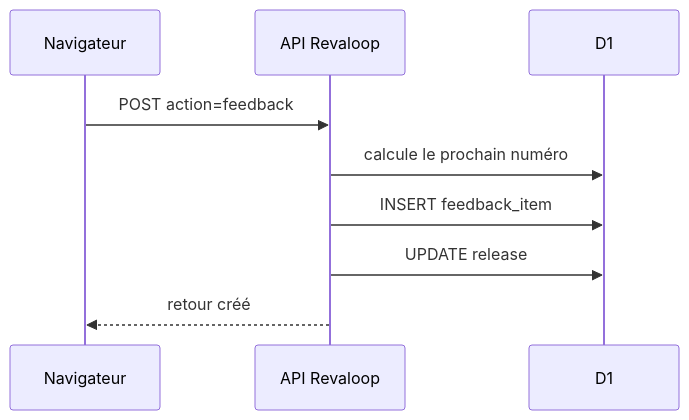
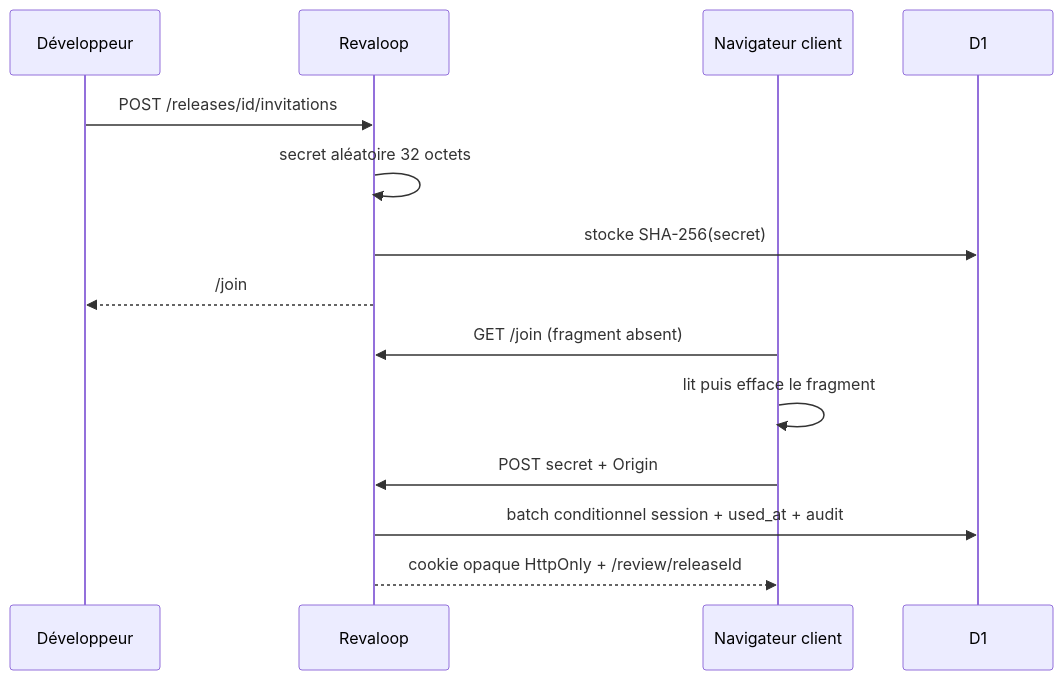
Before and after one commit to rfielbal/Revaloop: the second of 3 diagrams in docs/ARCHITECTURE.md, drawn with Mermaid. The commit also changed other lines of this file and 47 other files, not shown here.

Commit message:
Rend Revaloop prêt pour un premier pilote client

````diff
--- a/docs/ARCHITECTURE.md
+++ b/docs/ARCHITECTURE.md
@@ -163,11 +86,17 @@
 ```mermaid
 sequenceDiagram
-    participant B as Navigateur
-    participant A as API Revaloop
-    participant D as D1
-    B->>A: POST action=feedback
-    A->>D: calcule le prochain numéro
-    A->>D: INSERT feedback_item
-    A->>D: UPDATE release
-    A-->>B: retour créé
+    participant D as Développeur
+    participant R as Revaloop
+    participant C as Navigateur client
+    participant DB as D1
+
+    D->>R: POST /releases/id/invitations
+    R->>R: secret aléatoire 32 octets
+    R->>DB: stocke SHA-256(secret)
+    R-->>D: /join#token=secret (une fois)
+    C->>R: GET /join (fragment absent)
+    C->>C: lit puis efface le fragment
+    C->>R: POST secret + Origin
+    R->>DB: batch conditionnel session + used_at + audit
+    R-->>C: cookie opaque HttpOnly + /review/releaseId
 ```
````
